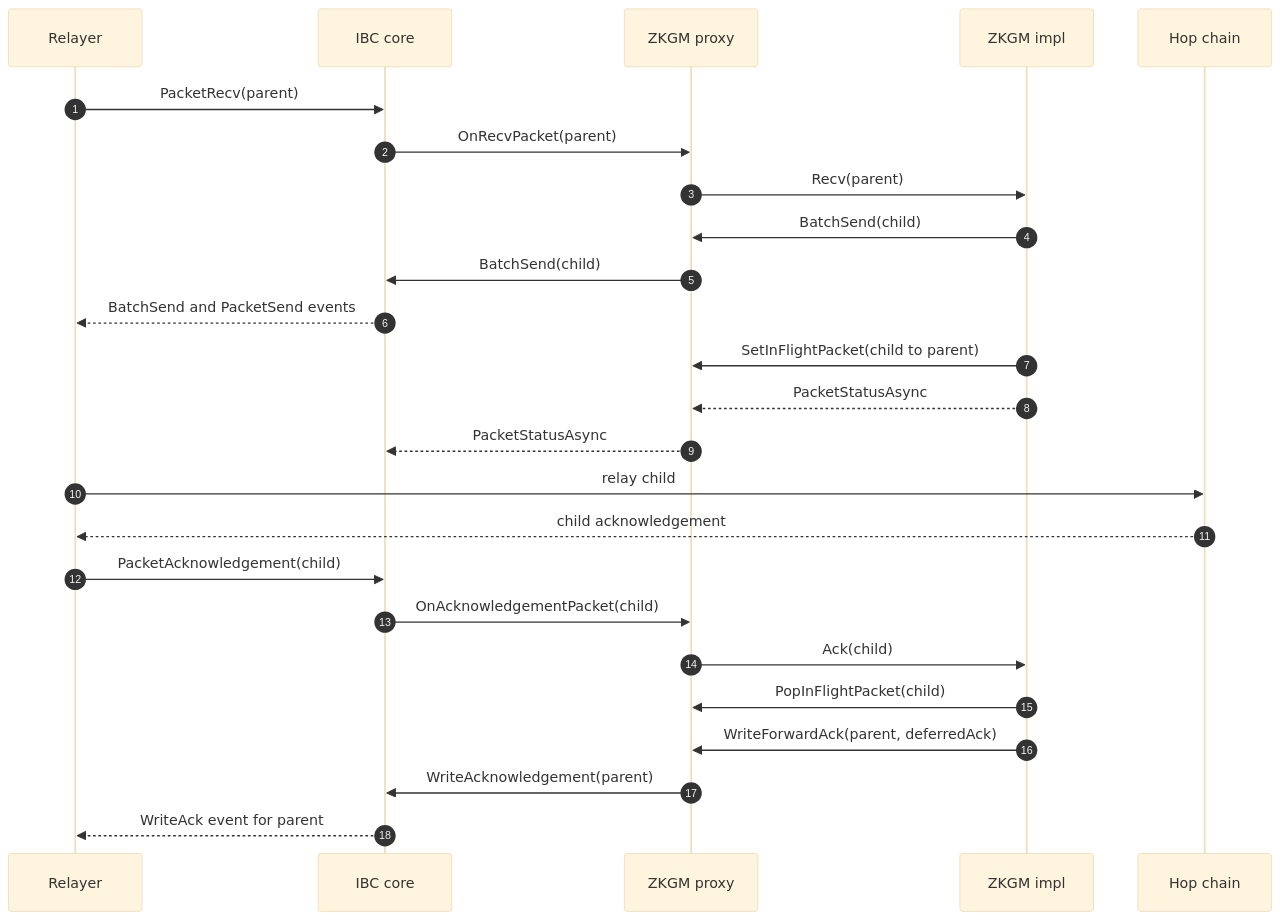
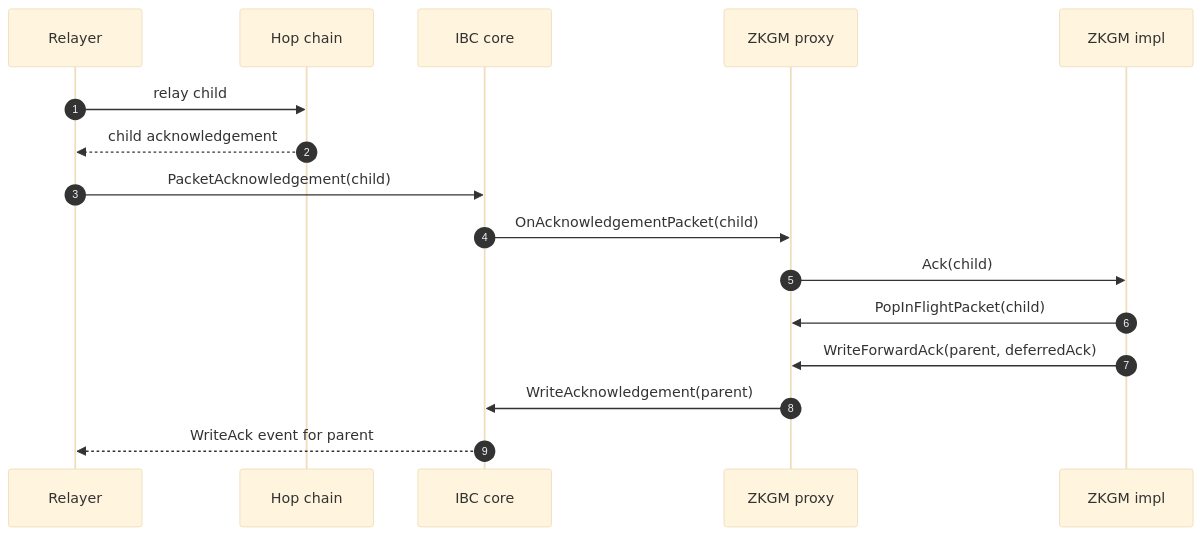
Before and after one commit to onbloc/gno-ibc: the fourth of 4 diagrams in docs/specs/architecture.md, drawn with Mermaid (base theme). The commit also changed other lines of this file and 5 other files, not shown here.

Commit message:
docs: refactor spec mermaid diagrams for better visualization

````diff
--- a/docs/specs/architecture.md
+++ b/docs/specs/architecture.md
@@ -227,28 +253,19 @@
 ```mermaid
 sequenceDiagram
   autonumber
   participant Rel as Relayer
+  participant Hop as Hop chain
   participant Core as IBC core
   participant Proxy as ZKGM proxy
   participant Impl as ZKGM impl
-  participant Hop as Hop chain
 
-  Rel->>Core: PacketRecv(parent)
-  Core->>Proxy: OnRecvPacket(parent)
-  Proxy->>Impl: Recv(parent)
-  Impl->>Proxy: BatchSend(child)
-  Proxy->>Core: BatchSend(child)
-  Core-->>Rel: BatchSend and PacketSend events
-  Impl->>Proxy: SetInFlightPacket(child to parent)
-  Impl-->>Proxy: PacketStatusAsync
-  Proxy-->>Core: PacketStatusAsync
   Rel->>Hop: relay child
   Hop-->>Rel: child acknowledgement
   Rel->>Core: PacketAcknowledgement(child)
   Core->>Proxy: OnAcknowledgementPacket(child)
   Proxy->>Impl: Ack(child)
   Impl->>Proxy: PopInFlightPacket(child)
   Impl->>Proxy: WriteForwardAck(parent, deferredAck)
   Proxy->>Core: WriteAcknowledgement(parent)
   Core-->>Rel: WriteAck event for parent
 ```
````
